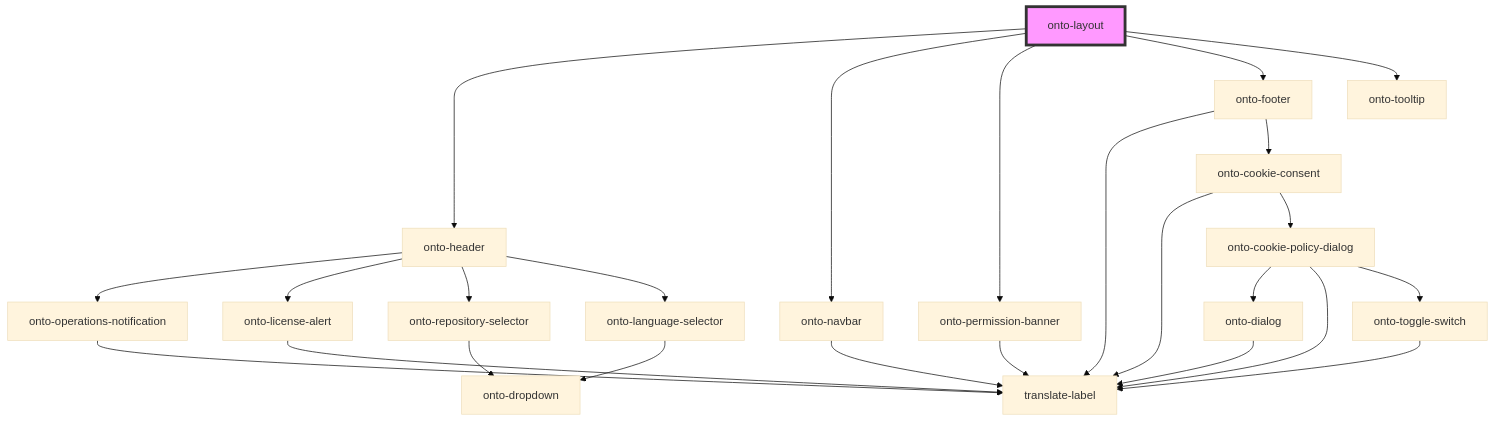
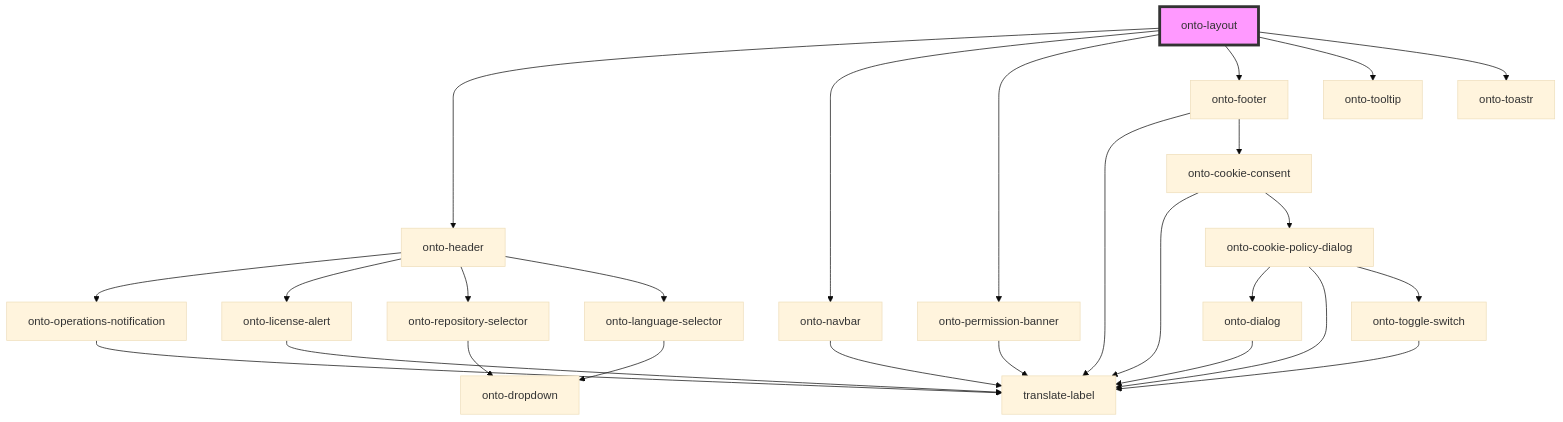
Before and after one commit to Ontotext-AD/graphdb-workbench: the diagram in packages/shared-components/src/components/onto-layout/readme.md, drawn with Mermaid (base theme). The commit also changed other lines of this file and 26 other files, not shown here.

````diff
--- a/packages/shared-components/src/components/onto-layout/readme.md
+++ b/packages/shared-components/src/components/onto-layout/readme.md
@@ -19,28 +20,29 @@
 ```mermaid
 graph TD;
   onto-layout --> onto-header
   onto-layout --> onto-navbar
   onto-layout --> onto-permission-banner
   onto-layout --> onto-footer
   onto-layout --> onto-tooltip
+  onto-layout --> onto-toastr
   onto-header --> onto-operations-notification
   onto-header --> onto-license-alert
   onto-header --> onto-repository-selector
   onto-header --> onto-language-selector
   onto-operations-notification --> translate-label
   onto-license-alert --> translate-label
   onto-repository-selector --> onto-dropdown
   onto-language-selector --> onto-dropdown
   onto-navbar --> translate-label
   onto-permission-banner --> translate-label
   onto-footer --> translate-label
   onto-footer --> onto-cookie-consent
   onto-cookie-consent --> translate-label
   onto-cookie-consent --> onto-cookie-policy-dialog
   onto-cookie-policy-dialog --> onto-dialog
   onto-cookie-policy-dialog --> translate-label
   onto-cookie-policy-dialog --> onto-toggle-switch
   onto-dialog --> translate-label
   onto-toggle-switch --> translate-label
   style onto-layout fill:#f9f,stroke:#333,stroke-width:4px
 ```
````
